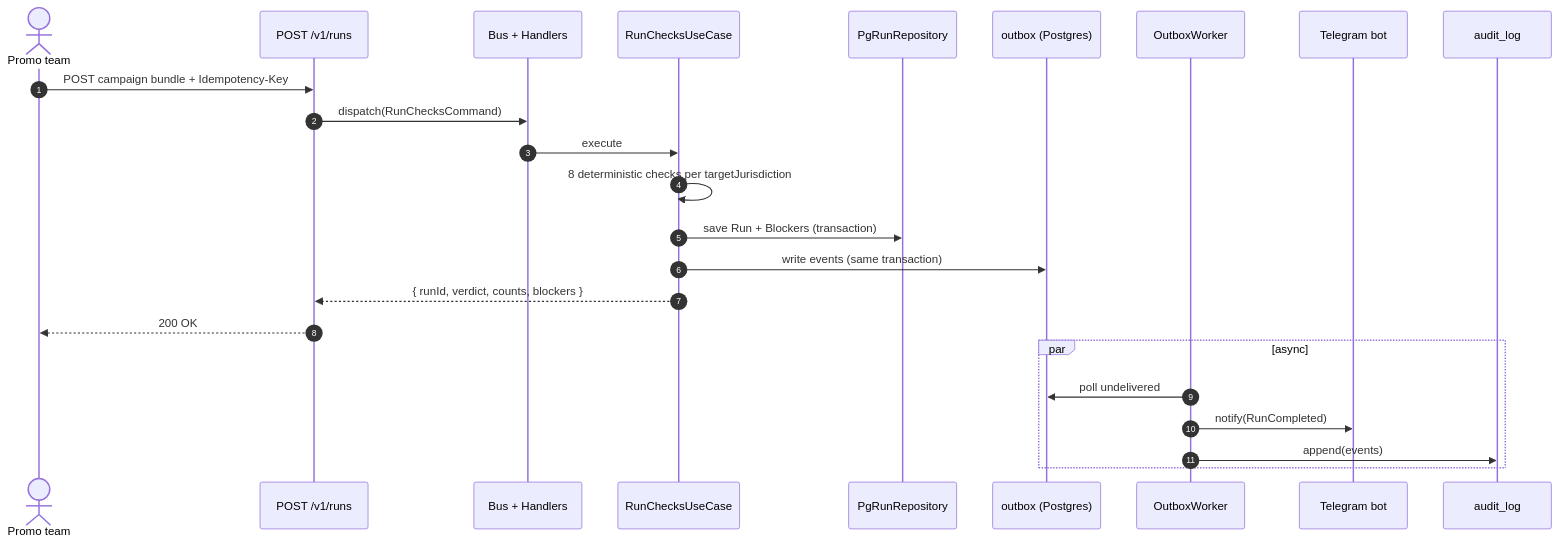
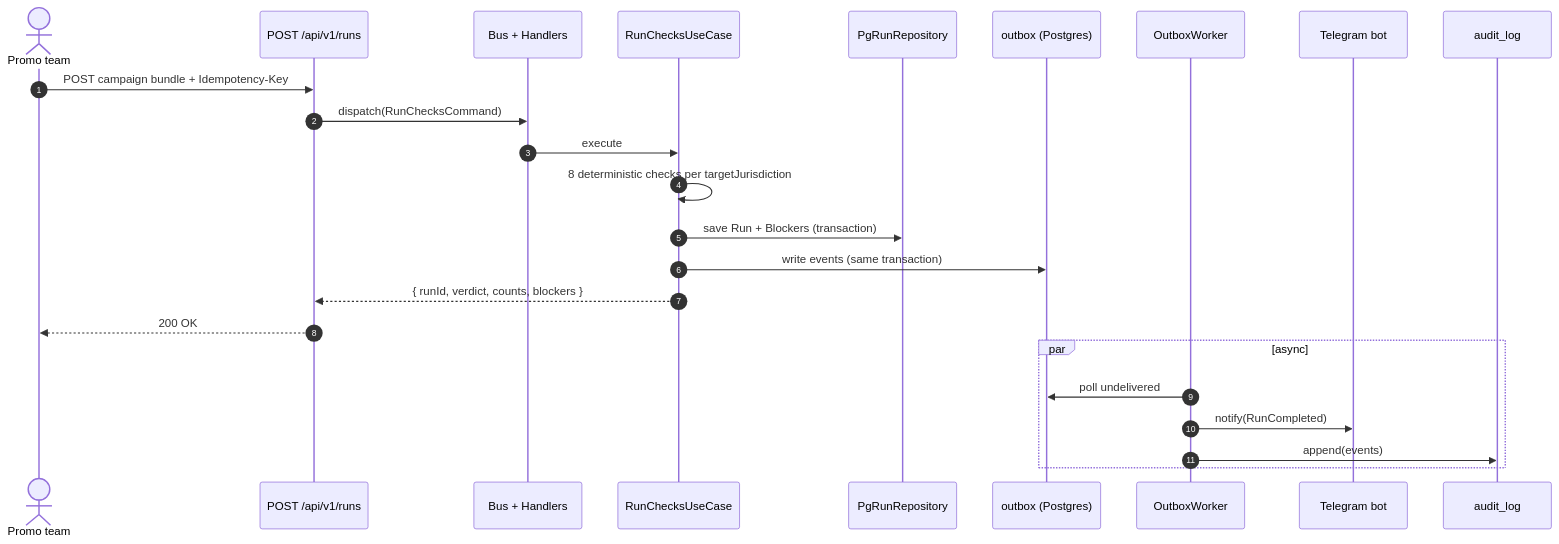
One commit to UlaYuga/promo-preflight changed the first of 2 diagrams in README.md. Above: the diagram before and after it, drawn with Mermaid. The commit also changed 2 other files, not shown here.

Commit message:
[T-075] docs: refresh stale README screenshots + fix endpoint label
The hero/after assets predated the landing redesign and showed the old
UI. Recapture from production (EN):
- docs/assets/hero.png  -> current "Refined Classic" landing
- docs/assets/after.png -> current Risk Report workspace
Also fix the data-flow mermaid: POST /v1/runs -> POST /api/v1/runs
(matches the real endpoint and the README curl example).

telegram-screenshot.png is refreshed separately (real Telegram client
capture; a fresh prod alert was triggered for it). before.png is a
conceptual collage, not product-dependent — left as is.

````diff
--- a/README.md
+++ b/README.md
@@ -64,27 +64,27 @@
 ```mermaid
 sequenceDiagram
     autonumber
     actor Promo as Promo team
-    participant API as POST /v1/runs
+    participant API as POST /api/v1/runs
     participant Bus as Bus + Handlers
     participant Run as RunChecksUseCase
     participant Repo as PgRunRepository
     participant Outbox as outbox (Postgres)
     participant Worker as OutboxWorker
     participant TG as Telegram bot
     participant Audit as audit_log
 
     Promo->>API: POST campaign bundle + Idempotency-Key
     API->>Bus: dispatch(RunChecksCommand)
     Bus->>Run: execute
     Run->>Run: 8 deterministic checks per targetJurisdiction
     Run->>Repo: save Run + Blockers (transaction)
     Run->>Outbox: write events (same transaction)
     Run-->>API: { runId, verdict, counts, blockers }
     API-->>Promo: 200 OK
     par async
         Worker->>Outbox: poll undelivered
         Worker->>TG: notify(RunCompleted)
         Worker->>Audit: append(events)
     end
 ```
````
